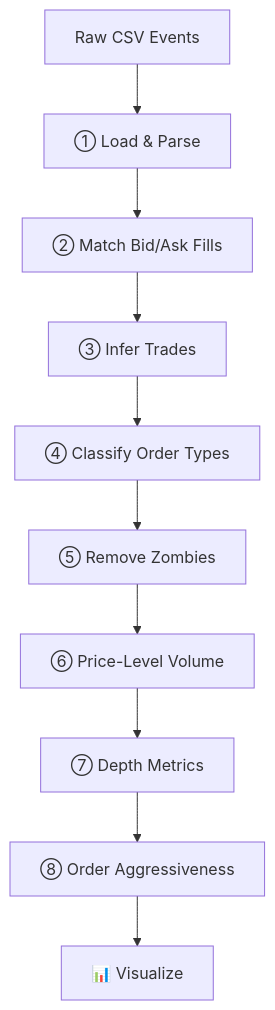
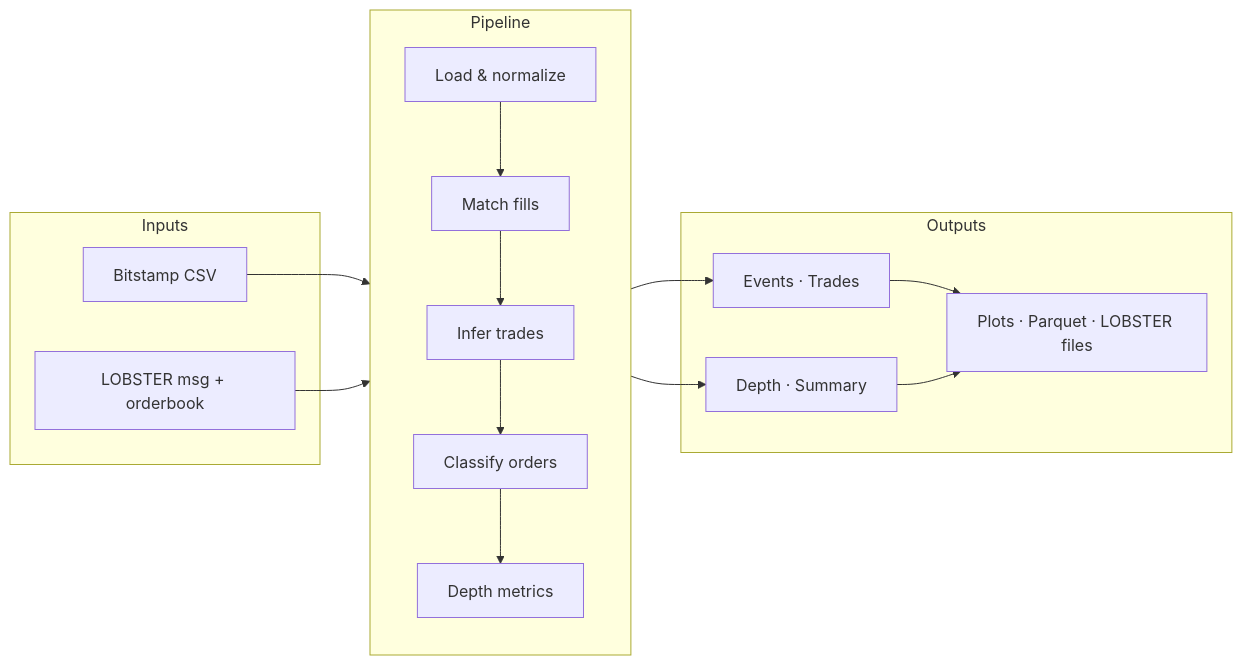
Before and after one commit to mczielinski/ob-analytics: the diagram in docs/index.md, drawn with Mermaid. The commit also changed other lines of this file and 21 other files, not shown here.

````diff
--- a/docs/index.md
+++ b/docs/index.md
@@ -37,12 +27,29 @@
 ```mermaid
-flowchart TD
-    CSV["Raw CSV Events"] --> L["① Load & Parse"]
-    L --> M["② Match Bid/Ask Fills"]
-    M --> T["③ Infer Trades"]
-    T --> O["④ Classify Order Types"]
-    O --> Z["⑤ Remove Zombies"]
-    Z --> D["⑥ Price-Level Volume"]
-    D --> DM["⑦ Depth Metrics"]
-    DM --> A["⑧ Order Aggressiveness"]
-    A --> VIZ["📊 Visualize"]
+flowchart LR
+    subgraph in["Inputs"]
+        CSV[Bitstamp CSV]
+        LOB[LOBSTER msg + orderbook]
+    end
+
+    subgraph pipeline["Pipeline"]
+        direction TB
+        L[Load & normalize]
+        M[Match fills]
+        T[Infer trades]
+        C[Classify orders]
+        D[Depth metrics]
+        L --> M --> T --> C --> D
+    end
+
+    subgraph out["Outputs"]
+        EV[Events · Trades]
+        DP[Depth · Summary]
+        VZ[Plots · Parquet · LOBSTER files]
+    end
+
+    CSV --> L
+    LOB --> L
+    pipeline --> EV
+    pipeline --> DP
+    EV & DP --> VZ
 ```
````
